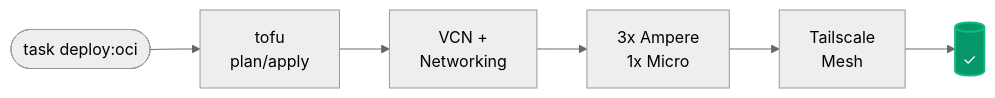
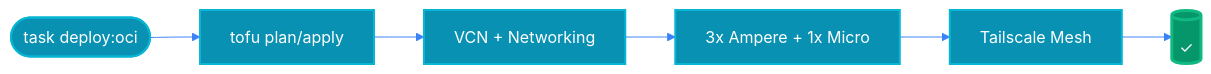
One commit to syscode-labs/oci-free-tier-manager changed the third of 5 diagrams in docs/ARCHITECTURE-DIAGRAMS.md. Above: the diagram before and after it, drawn with Mermaid. The commit also changed other lines of this file and 2 other files, not shown here.

First line of the commit message:
fix: rewrite diagrams with explicit white text styling

````diff
--- a/docs/ARCHITECTURE-DIAGRAMS.md
+++ b/docs/ARCHITECTURE-DIAGRAMS.md
@@ -131,15 +82,19 @@
 ```mermaid
----
-config:
-  theme: neutral
----
+%%{init: {'theme':'base', 'themeVariables': { 'primaryColor':'#0891b2','primaryTextColor':'#fff','primaryBorderColor':'#06b6d4','lineColor':'#3b82f6','textColor':'#fff'}}}%%
 flowchart LR
-    Start(["task deploy:oci"]) --> Plan["tofu<br/>plan/apply"]
-    Plan --> VCN["VCN +<br/>Networking"]
-    VCN --> Compute["3x Ampere<br/>1x Micro"]
-    Compute --> Mesh["Tailscale<br/>Mesh"]
-    Mesh --> Done[("✓")]
+    Start(["task deploy:oci"])
+    Plan["tofu plan/apply"]
+    VCN["VCN + Networking"]
+    Compute["3x Ampere + 1x Micro"]
+    Mesh["Tailscale Mesh"]
+    Done[("✓")]
     
-    classDef success fill:#059669,stroke:#10b981,stroke-width:2px,color:#fff
-    class Done success
+    Start --> Plan --> VCN --> Compute --> Mesh --> Done
+    
+    style Start fill:#0891b2,stroke:#06b6d4,stroke-width:2px,color:#fff
+    style Plan fill:#0891b2,stroke:#06b6d4,stroke-width:2px,color:#fff
+    style VCN fill:#0891b2,stroke:#06b6d4,stroke-width:2px,color:#fff
+    style Compute fill:#0891b2,stroke:#06b6d4,stroke-width:2px,color:#fff
+    style Mesh fill:#0891b2,stroke:#06b6d4,stroke-width:2px,color:#fff
+    style Done fill:#059669,stroke:#10b981,stroke-width:3px,color:#fff
 ```
````
